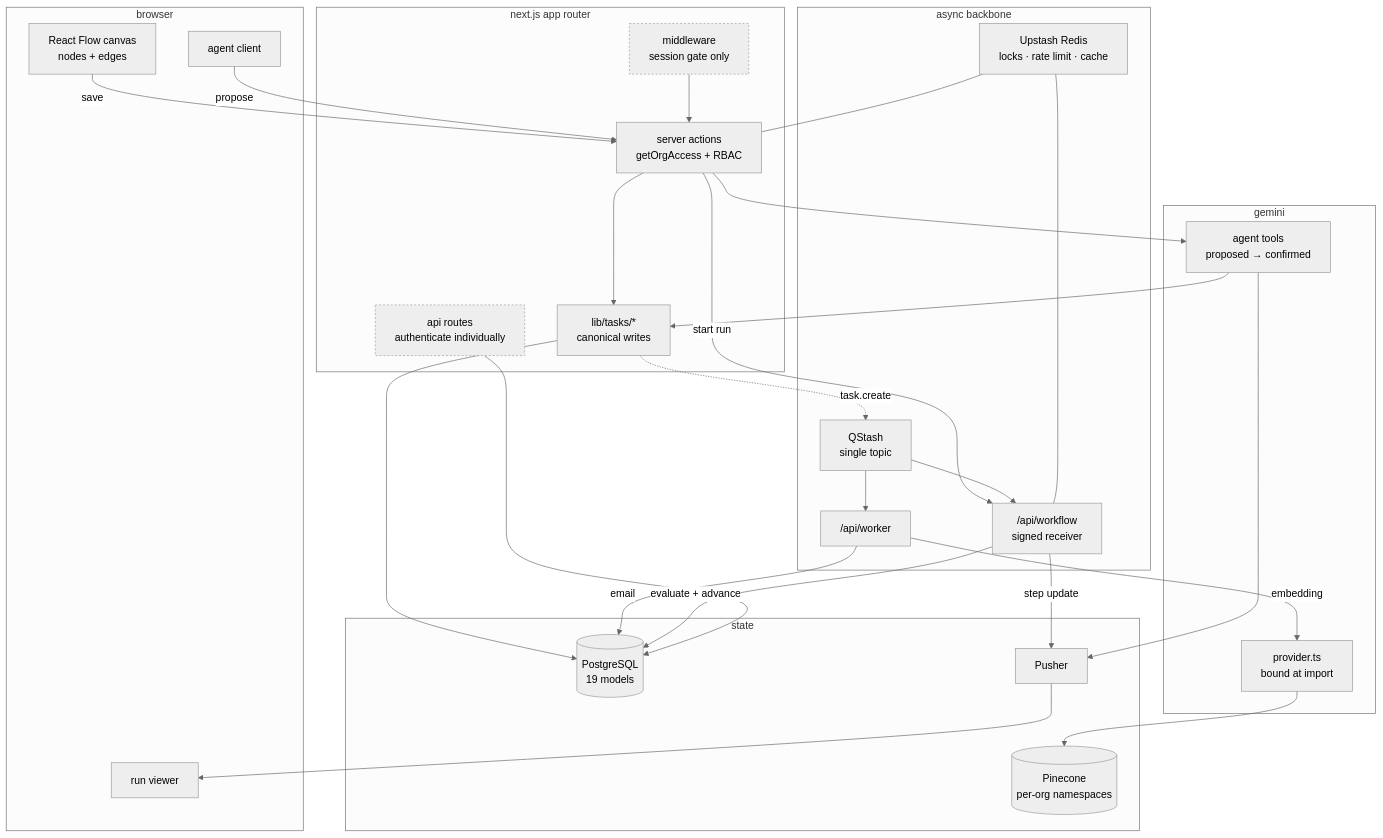
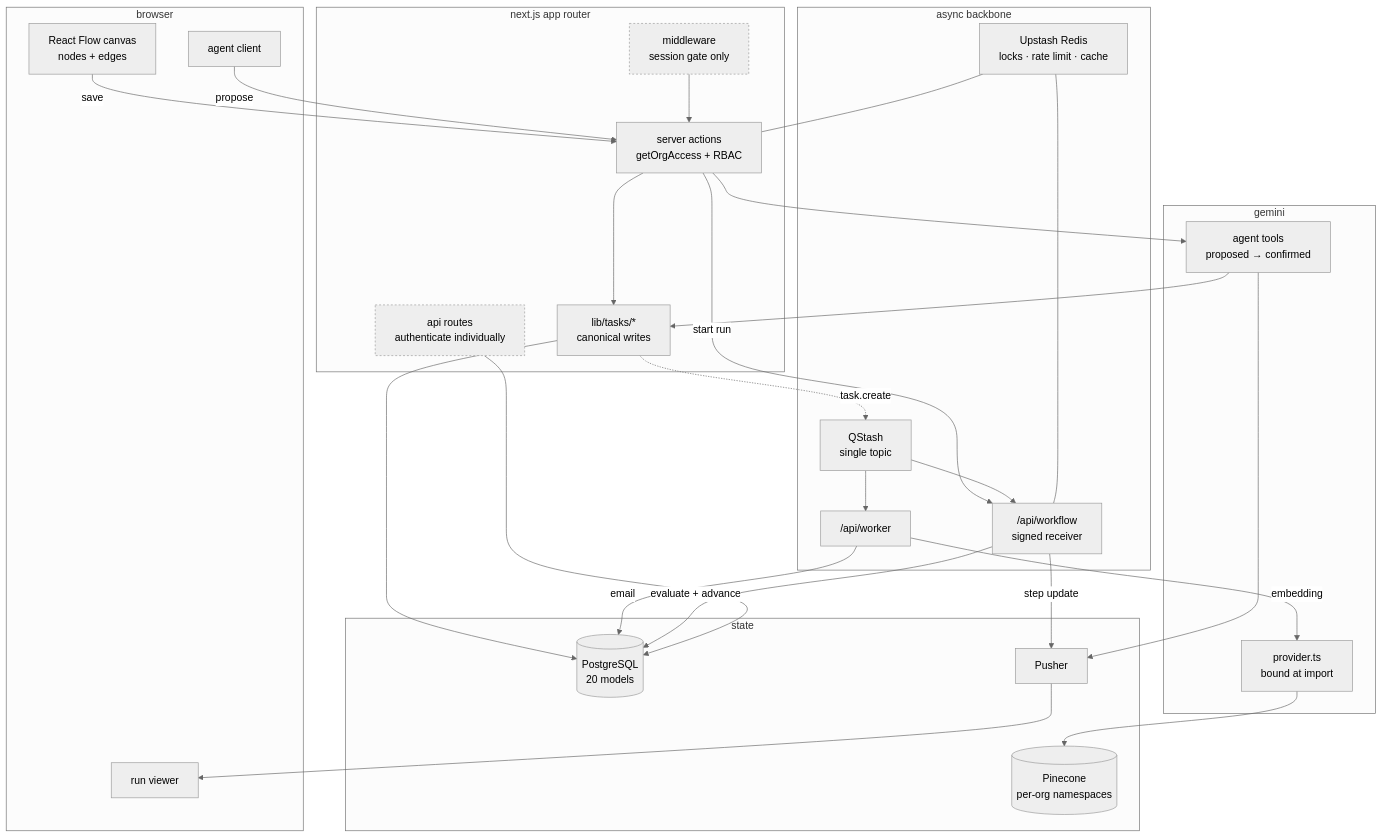
One commit to Mayur11code/Forge changed the diagram in README.md. Above: the diagram before and after it, drawn with Mermaid (neutral theme). The commit also changed other lines of this file and 1 other file, not shown here.

Commit message:
docs: document BYOK credential vault architecture and update README with hardening milestones

````diff
--- a/README.md
+++ b/README.md
@@ -113,61 +113,61 @@
 ```mermaid
 flowchart TB
     subgraph client["browser"]
         canvas["React Flow canvas<br/>nodes + edges"]
         runs["run viewer"]
         agentui["agent client"]
     end
 
     subgraph app["next.js app router"]
         mw["middleware<br/>session gate only"]
         actions["server actions<br/>getOrgAccess + RBAC"]
         apiroutes["api routes<br/>authenticate individually"]
         write["lib/tasks/*<br/>canonical writes"]
     end
 
     subgraph bus["async backbone"]
         qstash["QStash<br/>single topic"]
         redis["Upstash Redis<br/>locks · rate limit · cache"]
         worker["/api/worker"]
         wfapi["/api/workflow<br/>signed receiver"]
     end
 
     subgraph data["state"]
-        pg[("PostgreSQL<br/>19 models")]
+        pg[("PostgreSQL<br/>20 models")]
         pine[("Pinecone<br/>per-org namespaces")]
         push["Pusher"]
     end
 
     subgraph ai["gemini"]
         provider["provider.ts<br/>bound at import"]
         tools["agent tools<br/>proposed → confirmed"]
     end
 
     canvas -->|save| actions
     actions --> write
     write --> pg
     write -.->|task.create| qstash
     qstash --> worker
     worker -->|embedding| provider
     worker -->|email| pg
     provider --> pine
 
     actions -->|start run| wfapi
     qstash --> wfapi
     wfapi -->|evaluate + advance| pg
     wfapi -->|step update| push
     push --> runs
 
     agentui -->|propose| actions
     actions --> tools
     tools --> write
     tools --> push
 
     mw --> actions
     apiroutes --> pg
     redis --- actions
     redis --- wfapi
 
     classDef trust stroke-width:1px,stroke-dasharray:3 3
     class mw,apiroutes trust
 ```
````
